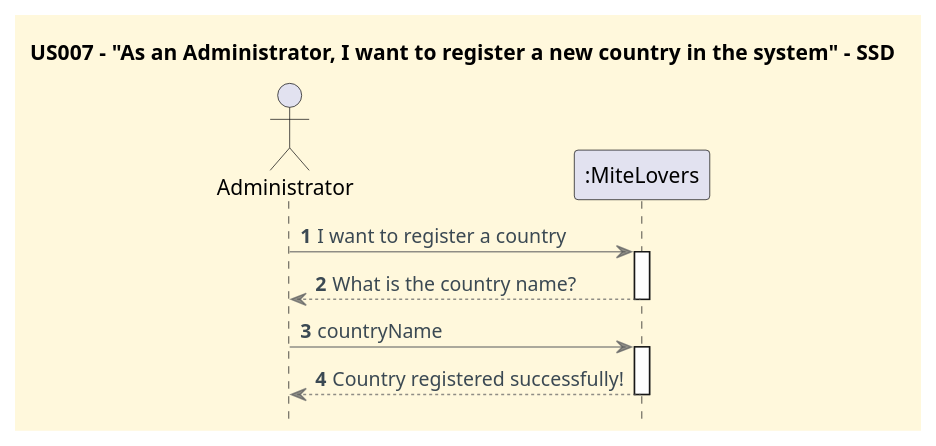
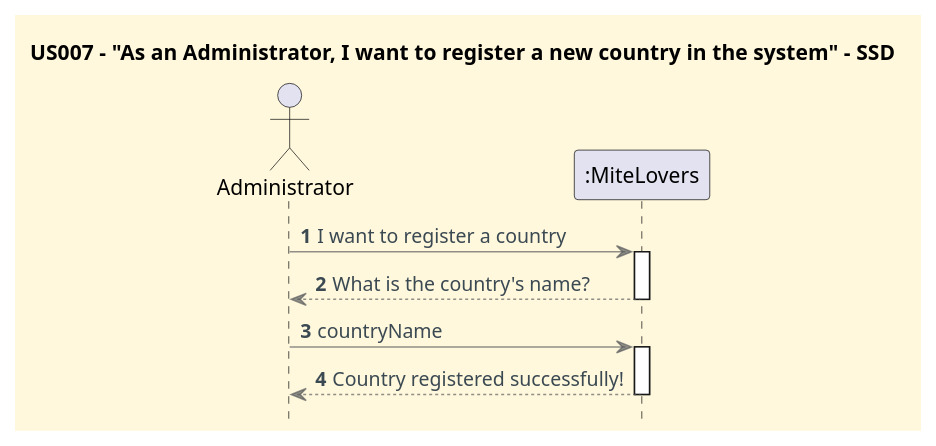
Before and after one commit to CarolinaLeite-collab/JavaMarketplacePlatform: the diagram in docs/userStories/US007/US007_register_a_country_SSD.puml, drawn with PlantUML.

Commit message:
Refs #154: minor typo

```diff
--- a/docs/userStories/US007/US007_register_a_country_SSD.puml
+++ b/docs/userStories/US007/US007_register_a_country_SSD.puml
@@ -1,35 +1,35 @@
 @startuml
 '==== Title ====
 title US007 - "As an Administrator, I want to register a new country in the system" - SSD
 
 '==== basic style ====
 skinparam monochrome false
 
 skinparam defaultFontName Futura
 skinparam objectFontSize 20
 skinparam backgroundColor CornSilk
 skinparam objectBackgroundColor WhiteSmoke
 skinparam noteBackgroundColor #FFFFE0
 skinparam ArrowFontColor #3B4953
 skinparam ArrowColor #57595BAA
 
 hidefootbox
 autonumber
 autoactivate off
 
 ' ==== Actor and participants ====
 actor Administrator as Adm
 participant ":MiteLovers" as UI
 
 '==== System dialog ====
 Adm -> UI: I want to register a country
 activate UI
-UI --> Adm: What is the country name?
+UI --> Adm: What is the country's name?
 deactivate UI
 
 Adm -> UI: countryName
 activate UI
 
 UI --> Adm : Country registered successfully!
 deactivate UI
 @enduml
```
